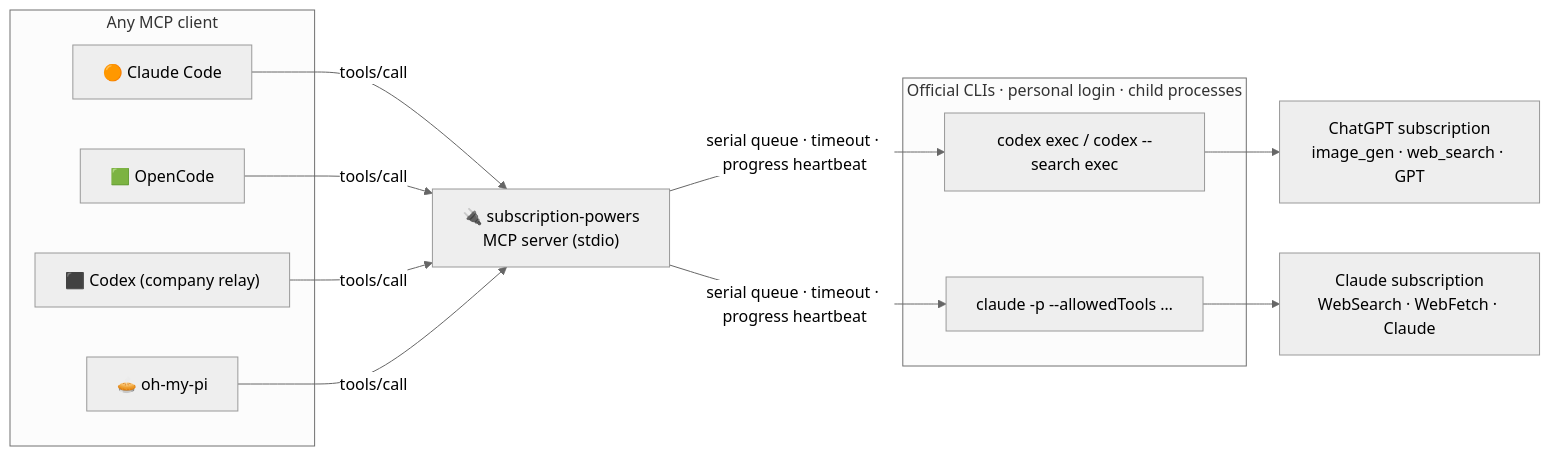
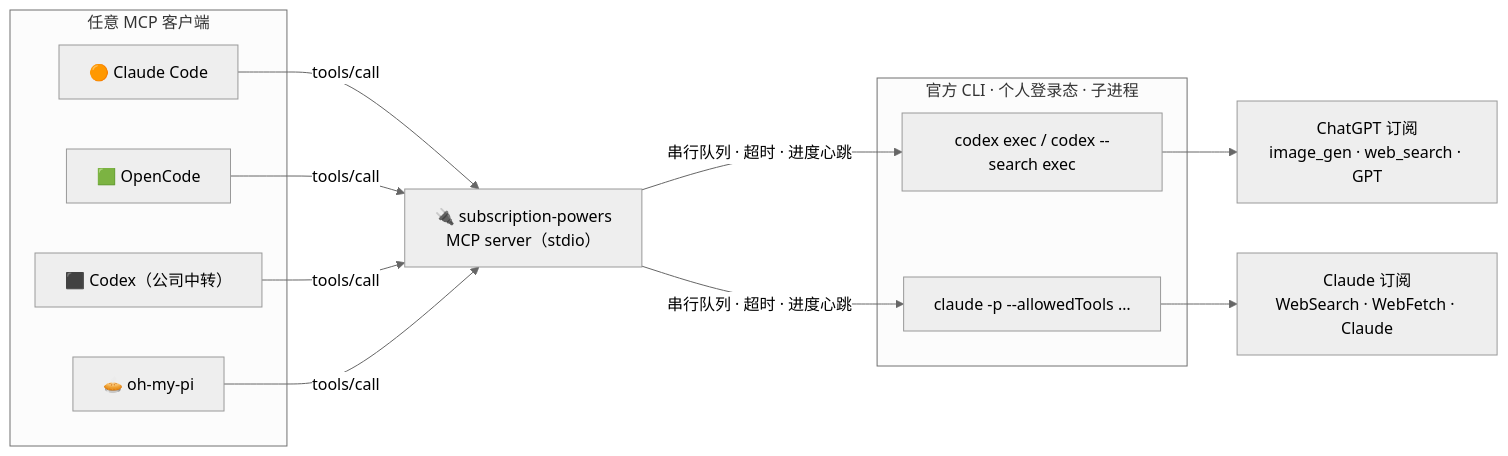
Before and after one commit to we1005/subscription-powers-mcp: the diagram in README.md, drawn with Mermaid (neutral theme). The commit also changed other lines of this file and 1 other file, not shown here.

````diff
--- a/README.md
+++ b/README.md
@@ -57,21 +59,21 @@
 ```mermaid
 flowchart LR
-    subgraph Agents["Any MCP client"]
+    subgraph Agents["任意 MCP 客户端"]
         A1["🟠 Claude Code"]
         A2["🟩 OpenCode"]
-        A3["⬛ Codex (company relay)"]
+        A3["⬛ Codex（公司中转）"]
         A4["🥧 oh-my-pi"]
     end
-    S["🔌 subscription-powers<br/>MCP server (stdio)"]
-    subgraph Local["Official CLIs · personal login · child processes"]
+    S["🔌 subscription-powers<br/>MCP server（stdio）"]
+    subgraph Local["官方 CLI · 个人登录态 · 子进程"]
         C1["codex exec / codex --search exec"]
         C2["claude -p --allowedTools …"]
     end
-    U1["ChatGPT subscription<br/>image_gen · web_search · GPT"]
-    U2["Claude subscription<br/>WebSearch · WebFetch · Claude"]
+    U1["ChatGPT 订阅<br/>image_gen · web_search · GPT"]
+    U2["Claude 订阅<br/>WebSearch · WebFetch · Claude"]
 
     A1 & A2 & A3 & A4 -->|tools/call| S
-    S -->|serial queue · timeout · progress heartbeat| C1 & C2
+    S -->|串行队列 · 超时 · 进度心跳| C1 & C2
     C1 --> U1
     C2 --> U2
 ```
````
